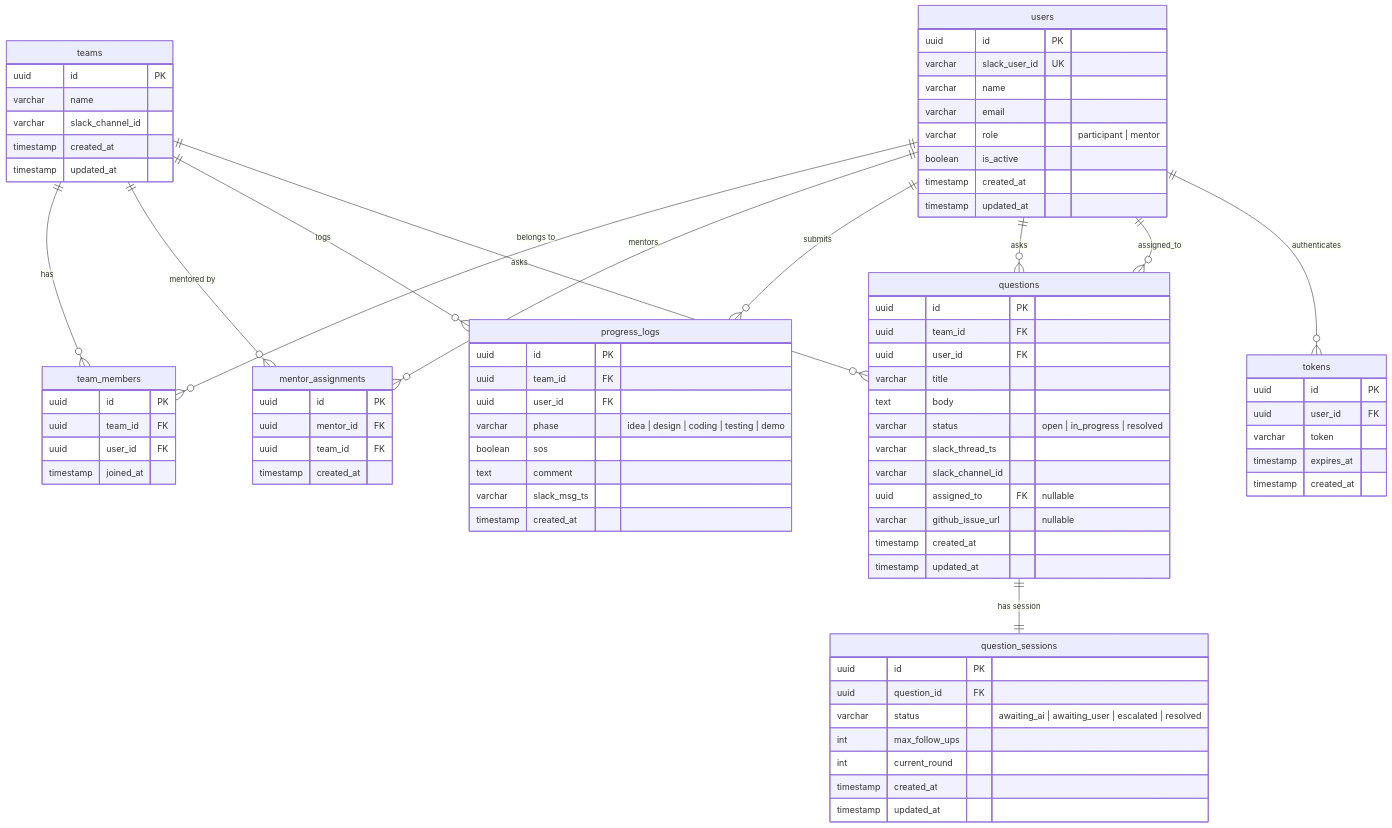
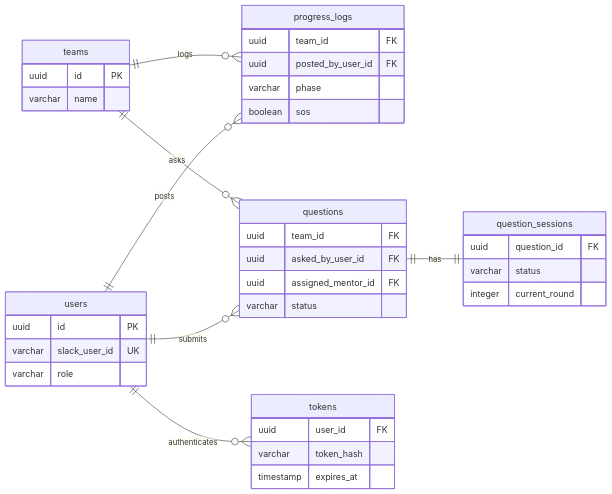
One commit to Asheze1127/progress-checker changed the second of 2 diagrams in docs/details/05_erd.md. Above: the diagram before and after it, drawn with Mermaid. The commit also changed other lines of this file and 5 other files, not shown here.

````diff
--- a/docs/details/05_erd.md
+++ b/docs/details/05_erd.md
@@ -35,92 +83,48 @@
 ```mermaid
 erDiagram
+    direction LR
+
     users {
         uuid id PK
         varchar slack_user_id UK
-        varchar name
-        varchar email
-        varchar role "participant | mentor"
-        boolean is_active
-        timestamp created_at
-        timestamp updated_at
+        varchar role
     }
 
     teams {
         uuid id PK
         varchar name
-        varchar slack_channel_id
-        timestamp created_at
-        timestamp updated_at
-    }
-
-    team_members {
-        uuid id PK
-        uuid team_id FK
-        uuid user_id FK
-        timestamp joined_at
-    }
-
-    mentor_assignments {
-        uuid id PK
-        uuid mentor_id FK
-        uuid team_id FK
-        timestamp created_at
     }
 
     progress_logs {
-        uuid id PK
         uuid team_id FK
-        uuid user_id FK
-        varchar phase "idea | design | coding | testing | demo"
+        uuid posted_by_user_id FK
+        varchar phase
         boolean sos
-        text comment
-        varchar slack_msg_ts
-        timestamp created_at
     }
 
     questions {
-        uuid id PK
         uuid team_id FK
-        uuid user_id FK
-        varchar title
-        text body
-        varchar status "open | in_progress | resolved"
-        varchar slack_thread_ts
-        varchar slack_channel_id
-        uuid assigned_to FK "nullable"
-        varchar github_issue_url "nullable"
-        timestamp created_at
-        timestamp updated_at
+        uuid asked_by_user_id FK
+        uuid assigned_mentor_id FK
+        varchar status
     }
 
     question_sessions {
-        uuid id PK
         uuid question_id FK
-        varchar status "awaiting_ai | awaiting_user | escalated | resolved"
-        int max_follow_ups
-        int current_round
-        timestamp created_at
-        timestamp updated_at
+        varchar status
+        integer current_round
     }
 
     tokens {
-        uuid id PK
         uuid user_id FK
-        varchar token
+        varchar token_hash
         timestamp expires_at
-        timestamp created_at
     }
 
-
-    users ||--o{ team_members : "belongs to"
-    teams ||--o{ team_members : "has"
-    users ||--o{ mentor_assignments : "mentors"
-    teams ||--o{ mentor_assignments : "mentored by"
-    teams ||--o{ progress_logs : "logs"
-    users ||--o{ progress_logs : "submits"
-    teams ||--o{ questions : "asks"
-    users ||--o{ questions : "asks"
-    users ||--o{ questions : "assigned_to"
-    questions ||--|| question_sessions : "has session"
-    users ||--o{ tokens : "authenticates"
+    teams ||--o{ progress_logs : logs
+    users ||--o{ progress_logs : posts
+    teams ||--o{ questions : asks
+    users ||--o{ questions : submits
+    questions ||--|| question_sessions : has
+    users ||--o{ tokens : authenticates
 ```
````
